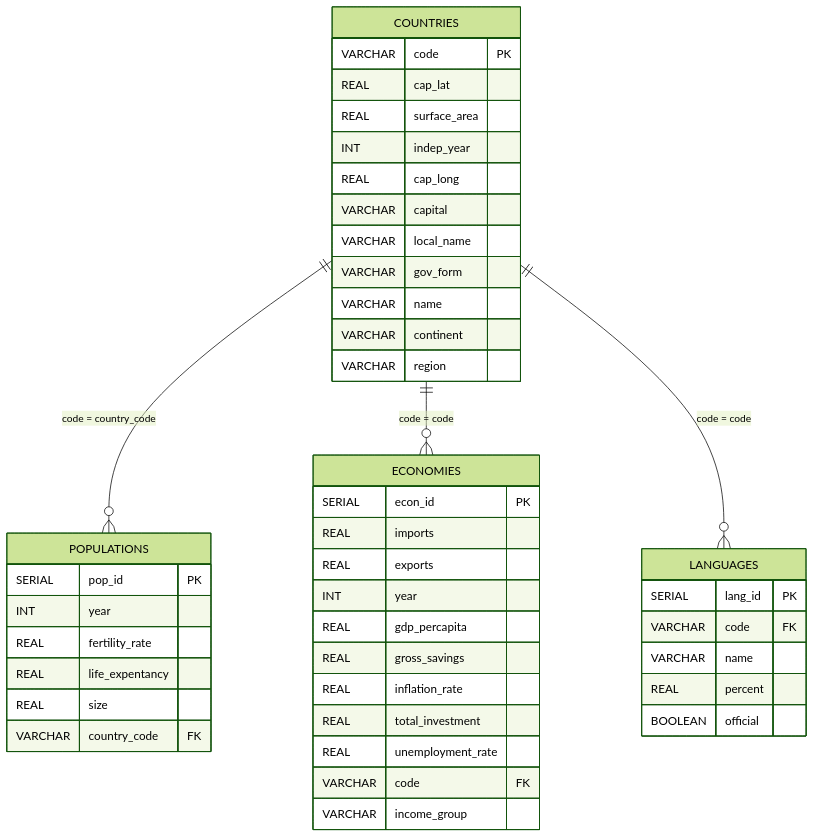
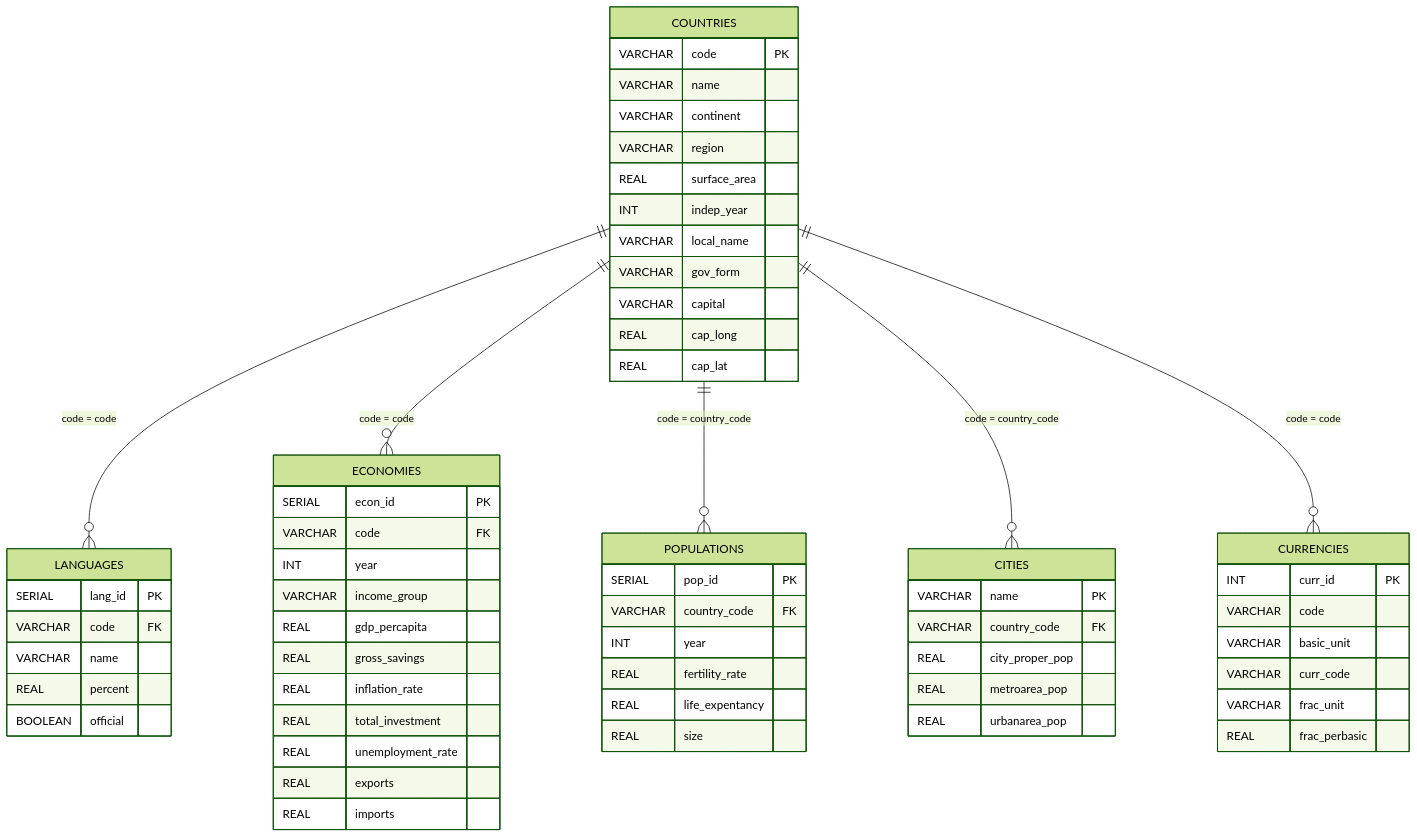
The diagram in countries_db/diagrams.md (etienobongedo/SQL_PROJECTS), drawn with Mermaid (forest theme) before and after one commit.

````diff
--- a/countries_db/diagrams.md
+++ b/countries_db/diagrams.md
@@ -1,48 +1,65 @@
 ```mermaid
 erDiagram
     COUNTRIES {
         VARCHAR code PK
-        REAL cap_lat
-        REAL surface_area
-        INT indep_year
-        REAL cap_long
-        VARCHAR capital
-        VARCHAR local_name
-        VARCHAR gov_form
         VARCHAR name
         VARCHAR continent
         VARCHAR region
-    }
-    POPULATIONS {
-        SERIAL pop_id PK
-        INT year
-        REAL fertility_rate
-        REAL life_expentancy
-        REAL size
-        VARCHAR country_code FK
-    }
-    ECONOMIES {
-        SERIAL econ_id PK
-        REAL imports
-        REAL exports
-        INT year
-        REAL gdp_percapita
-        REAL gross_savings
-        REAL inflation_rate
-        REAL total_investment
-        REAL unemployment_rate
-        VARCHAR code FK
-        VARCHAR income_group
+        REAL surface_area
+        INT indep_year
+        VARCHAR local_name
+        VARCHAR gov_form
+        VARCHAR capital
+        REAL cap_long
+        REAL cap_lat
     }
     LANGUAGES {
         SERIAL lang_id PK
         VARCHAR code FK
         VARCHAR name
         REAL percent
         BOOLEAN official
     }
+    ECONOMIES {
+        SERIAL econ_id PK
+        VARCHAR code FK
+        INT year
+        VARCHAR income_group
+        REAL gdp_percapita
+        REAL gross_savings
+        REAL inflation_rate
+        REAL total_investment
+        REAL unemployment_rate
+        REAL exports
+        REAL imports
+    }
+    POPULATIONS {
+        SERIAL pop_id PK
+        VARCHAR country_code FK
+        INT year
+        REAL fertility_rate
+        REAL life_expentancy
+        REAL size
+    }
+    CITIES {
+        VARCHAR name PK
+        VARCHAR country_code FK
+        REAL city_proper_pop
+        REAL metroarea_pop
+        REAL urbanarea_pop
+    }
+    CURRENCIES {
+        INT curr_id PK
+        VARCHAR code
+        VARCHAR basic_unit
+        VARCHAR curr_code
+        VARCHAR frac_unit
+        REAL frac_perbasic
+    }
 
+    COUNTRIES ||--o{ LANGUAGES : "code = code"
+    COUNTRIES ||--o{ ECONOMIES : "code = code"
     COUNTRIES ||--o{ POPULATIONS : "code = country_code"
-    COUNTRIES ||--o{ ECONOMIES : "code = code"
-    COUNTRIES ||--o{ LANGUAGES : "code = code"
+    COUNTRIES ||--o{ CITIES : "code = country_code"
+    COUNTRIES ||--o{ CURRENCIES : "code = code"
 ```
````
